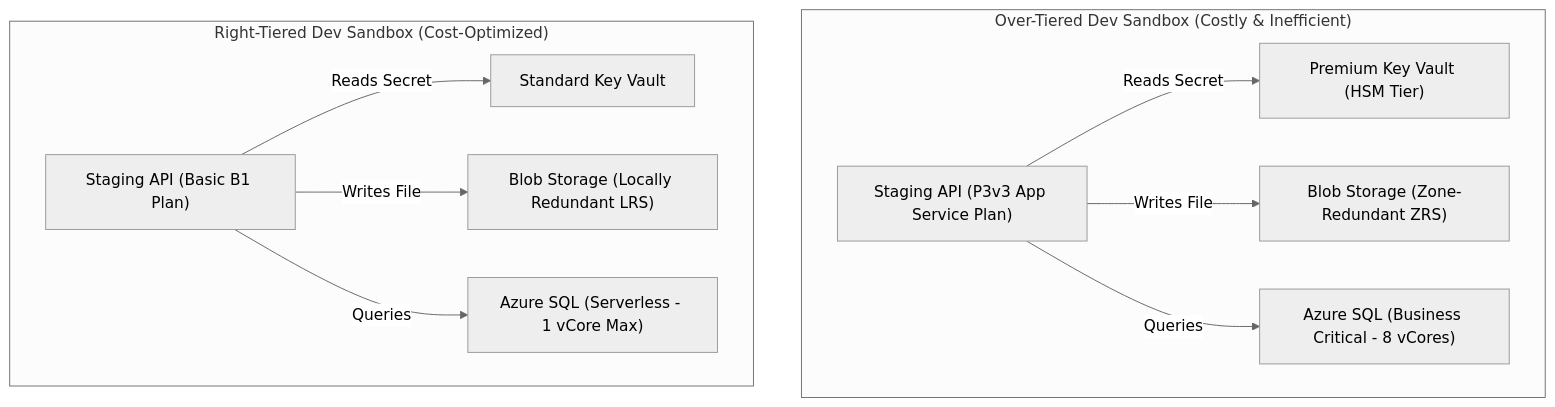
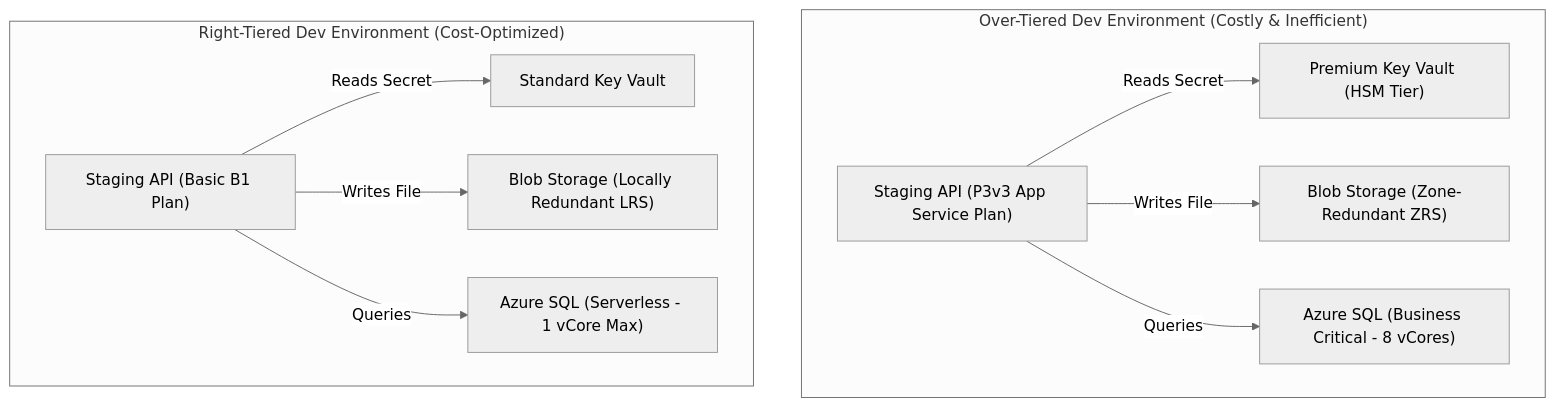
One commit to senlinyy/dev-roadmaps changed the second of 2 diagrams in cloud-providers/azure/cost-resilience/what-is-cost-and-resilience.md. Above: the diagram before and after it, drawn with Mermaid (neutral theme). The commit also changed other lines of this file and 343 other files, not shown here.

````diff
--- a/cloud-providers/azure/cost-resilience/what-is-cost-and-resilience.md
+++ b/cloud-providers/azure/cost-resilience/what-is-cost-and-resilience.md
@@ -115,14 +115,14 @@
 ```mermaid
 flowchart TD
-    subgraph OverTiered["Over-Tiered Dev Sandbox (Costly & Inefficient)"]
+    subgraph OverTiered["Over-Tiered Dev Environment (Costly & Inefficient)"]
         ComputeA["Staging API (P3v3 App Service Plan)"] -->|"Reads Secret"| VaultA["Premium Key Vault (HSM Tier)"]
         ComputeA -->|"Writes File"| StorageA["Blob Storage (Zone-Redundant ZRS)"]
         ComputeA -->|"Queries"| DBA["Azure SQL (Business Critical - 8 vCores)"]
     end
 
-    subgraph CostOptimized["Right-Tiered Dev Sandbox (Cost-Optimized)"]
+    subgraph CostOptimized["Right-Tiered Dev Environment (Cost-Optimized)"]
         ComputeB["Staging API (Basic B1 Plan)"] -->|"Reads Secret"| VaultB["Standard Key Vault"]
         ComputeB -->|"Writes File"| StorageB["Blob Storage (Locally Redundant LRS)"]
         ComputeB -->|"Queries"| DBB["Azure SQL (Serverless - 1 vCore Max)"]
     end
 ```
````
